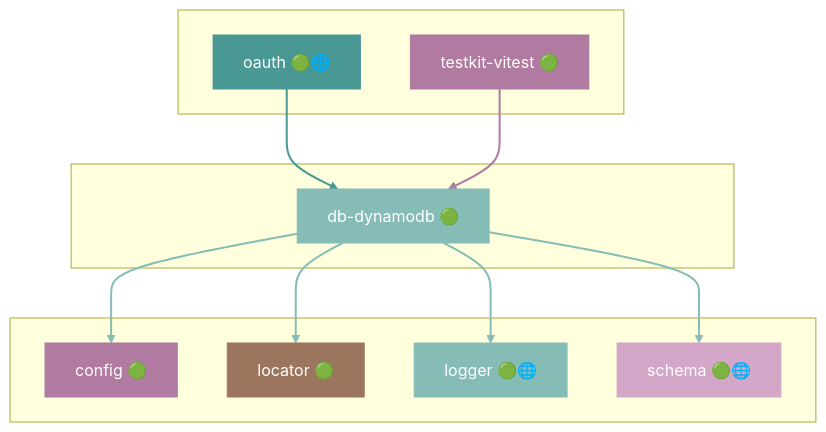
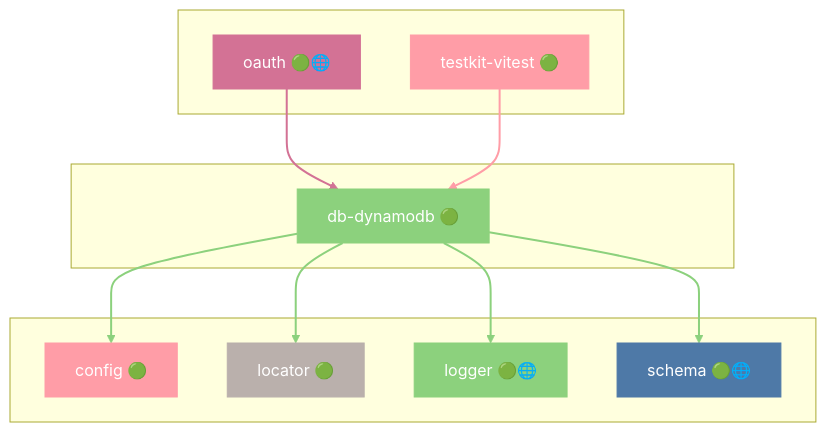
One commit to grest-ts/grest-ts changed diagram 13 of 48 in docs/DEPENDENCIES.md. Above: the diagram before and after it, drawn with Mermaid. The commit also changed other lines of this file and 62 other files, not shown here.

````diff
--- a/docs/DEPENDENCIES.md
+++ b/docs/DEPENDENCIES.md
@@ -813,35 +853,35 @@
 ```mermaid
 flowchart TB
     subgraph Dependents[" "]
         oauth["oauth 🟢🌐"]
         testkit-vitest["testkit-vitest 🟢"]
     end
     subgraph Package[" "]
         db-dynamodb["db-dynamodb 🟢"]
     end
     subgraph Dependencies[" "]
         config["config 🟢"]
         locator["locator 🟢"]
         logger["logger 🟢🌐"]
         schema["schema 🟢🌐"]
     end
     oauth --> db-dynamodb
     testkit-vitest --> db-dynamodb
     db-dynamodb --> config
     db-dynamodb --> locator
     db-dynamodb --> logger
     db-dynamodb --> schema
-    style db-dynamodb fill:#86BCB6,stroke:#86BCB6,color:#fff
-    style oauth fill:#499894,stroke:#499894,color:#fff
-    style testkit-vitest fill:#B07AA1,stroke:#B07AA1,color:#fff
-    style config fill:#B07AA1,stroke:#B07AA1,color:#fff
-    style locator fill:#9C755F,stroke:#9C755F,color:#fff
-    style logger fill:#86BCB6,stroke:#86BCB6,color:#fff
-    style schema fill:#D4A6C8,stroke:#D4A6C8,color:#fff
-    linkStyle 0 stroke:#499894,stroke-width:2px
-    linkStyle 1 stroke:#B07AA1,stroke-width:2px
-    linkStyle 2 stroke:#86BCB6,stroke-width:2px
-    linkStyle 3 stroke:#86BCB6,stroke-width:2px
-    linkStyle 4 stroke:#86BCB6,stroke-width:2px
-    linkStyle 5 stroke:#86BCB6,stroke-width:2px
+    style db-dynamodb fill:#8CD17D,stroke:#8CD17D,color:#fff
+    style oauth fill:#D37295,stroke:#D37295,color:#fff
+    style testkit-vitest fill:#FF9DA7,stroke:#FF9DA7,color:#fff
+    style config fill:#FF9DA7,stroke:#FF9DA7,color:#fff
+    style locator fill:#BAB0AC,stroke:#BAB0AC,color:#fff
+    style logger fill:#8CD17D,stroke:#8CD17D,color:#fff
+    style schema fill:#4E79A7,stroke:#4E79A7,color:#fff
+    linkStyle 0 stroke:#D37295,stroke-width:2px
+    linkStyle 1 stroke:#FF9DA7,stroke-width:2px
+    linkStyle 2 stroke:#8CD17D,stroke-width:2px
+    linkStyle 3 stroke:#8CD17D,stroke-width:2px
+    linkStyle 4 stroke:#8CD17D,stroke-width:2px
+    linkStyle 5 stroke:#8CD17D,stroke-width:2px
 ```
````
